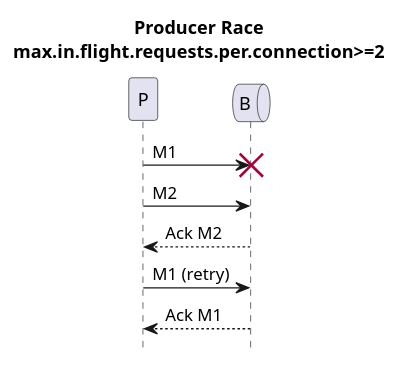
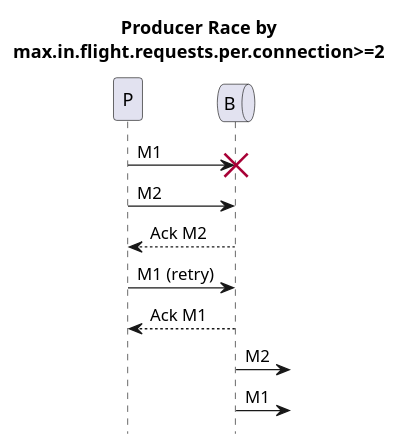
The diagram in patterns/2_order_p_[story]max-inflight.puml (victorrentea/kafka), drawn with PlantUML before and after one commit. The commit also changed 33 other files, not shown here.

```diff
--- a/patterns/2_order_p_[story]max-inflight.puml
+++ b/patterns/2_order_p_[story]max-inflight.puml
@@ -1,12 +1,14 @@
 @startuml
-title Producer Race\nmax.in.flight.requests.per.connection>=2
+title Producer Race by\nmax.in.flight.requests.per.connection>=2
 hide footbox
 participant P
 queue B
 
 P->B!!:M1
 P->B:M2
 P<--B:Ack M2
 P->B:M1 (retry)
 P<--B:Ack M1
+B->:M2
+B->:M1
 @enduml
```
